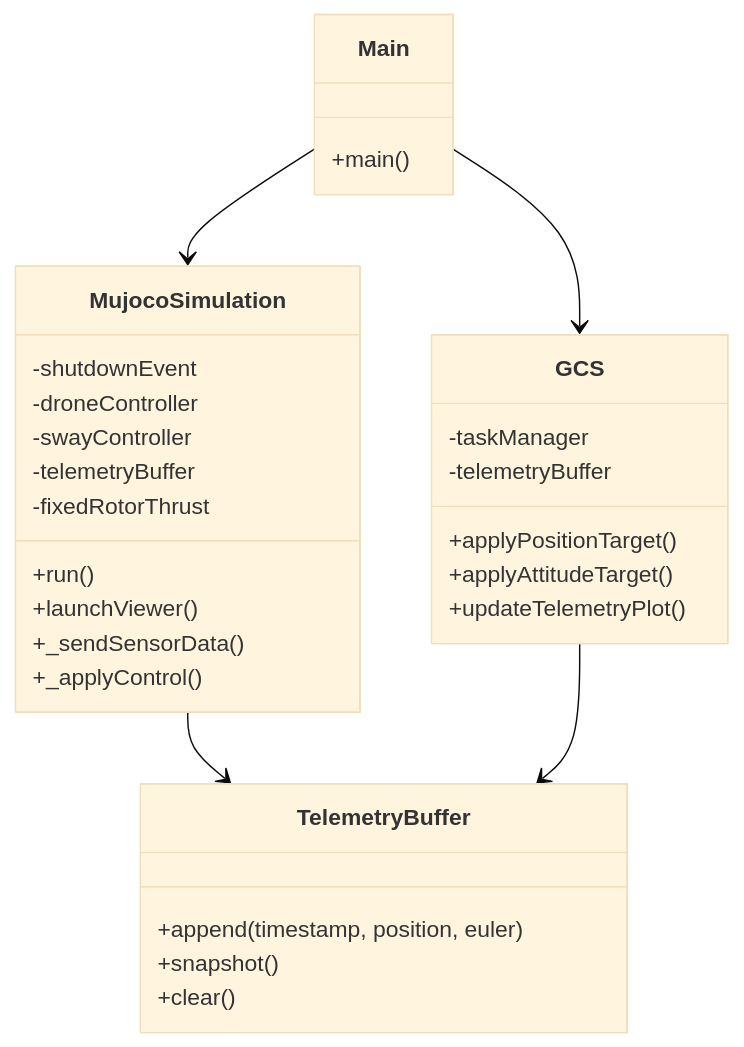
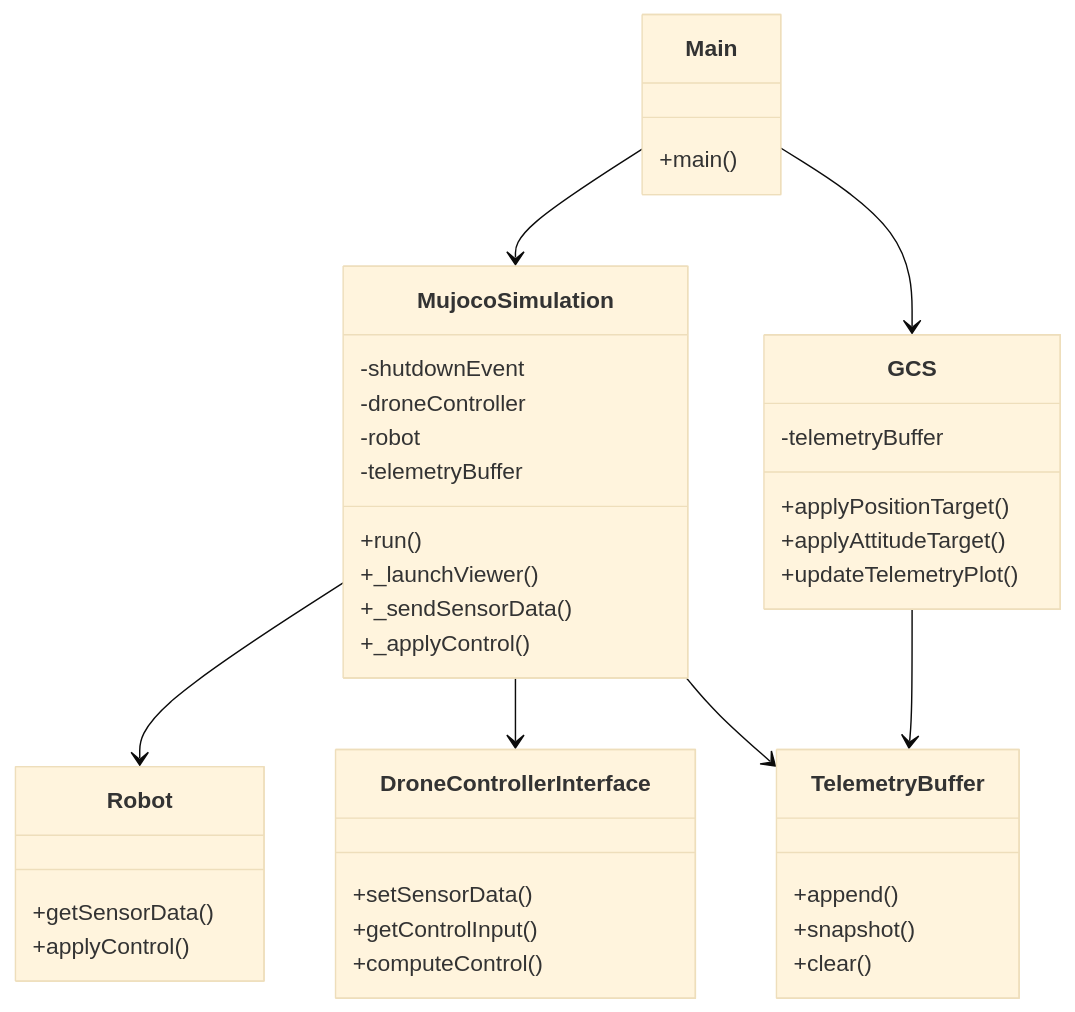
Before and after one commit to Alex-WangHT/MuJoCo-Aerial-Manipulator-Simulator: the first of 2 diagrams in docs/architecture.md, drawn with Mermaid (base theme). The commit also changed other lines of this file and 18 other files, not shown here.

````diff
--- a/docs/architecture.md
+++ b/docs/architecture.md
@@ -16,37 +11,48 @@
 ```mermaid
 classDiagram
     class Main {
         +main()
     }
 
     class MujocoSimulation {
         -shutdownEvent
         -droneController
-        -swayController
+        -robot
         -telemetryBuffer
-        -fixedRotorThrust
         +run()
-        +launchViewer()
+        +_launchViewer()
         +_sendSensorData()
         +_applyControl()
     }
 
+    class Robot {
+        +getSensorData()
+        +applyControl()
+    }
+
+    class DroneControllerInterface {
+        +setSensorData()
+        +getControlInput()
+        +computeControl()
+    }
+
     class GCS {
-        -taskManager
         -telemetryBuffer
         +applyPositionTarget()
         +applyAttitudeTarget()
         +updateTelemetryPlot()
     }
 
     class TelemetryBuffer {
-        +append(timestamp, position, euler)
+        +append()
         +snapshot()
         +clear()
     }
 
     Main --> MujocoSimulation
     Main --> GCS
+    MujocoSimulation --> Robot
+    MujocoSimulation --> DroneControllerInterface
     MujocoSimulation --> TelemetryBuffer
     GCS --> TelemetryBuffer
 ```
````
